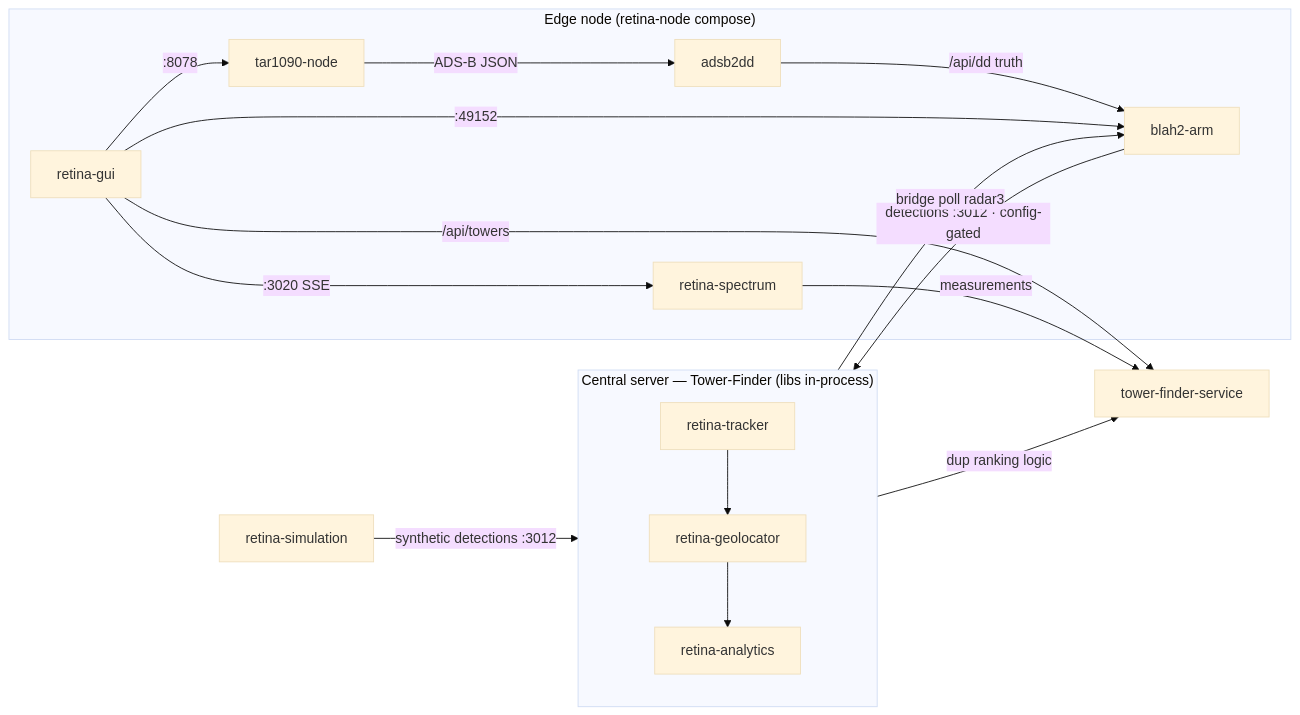
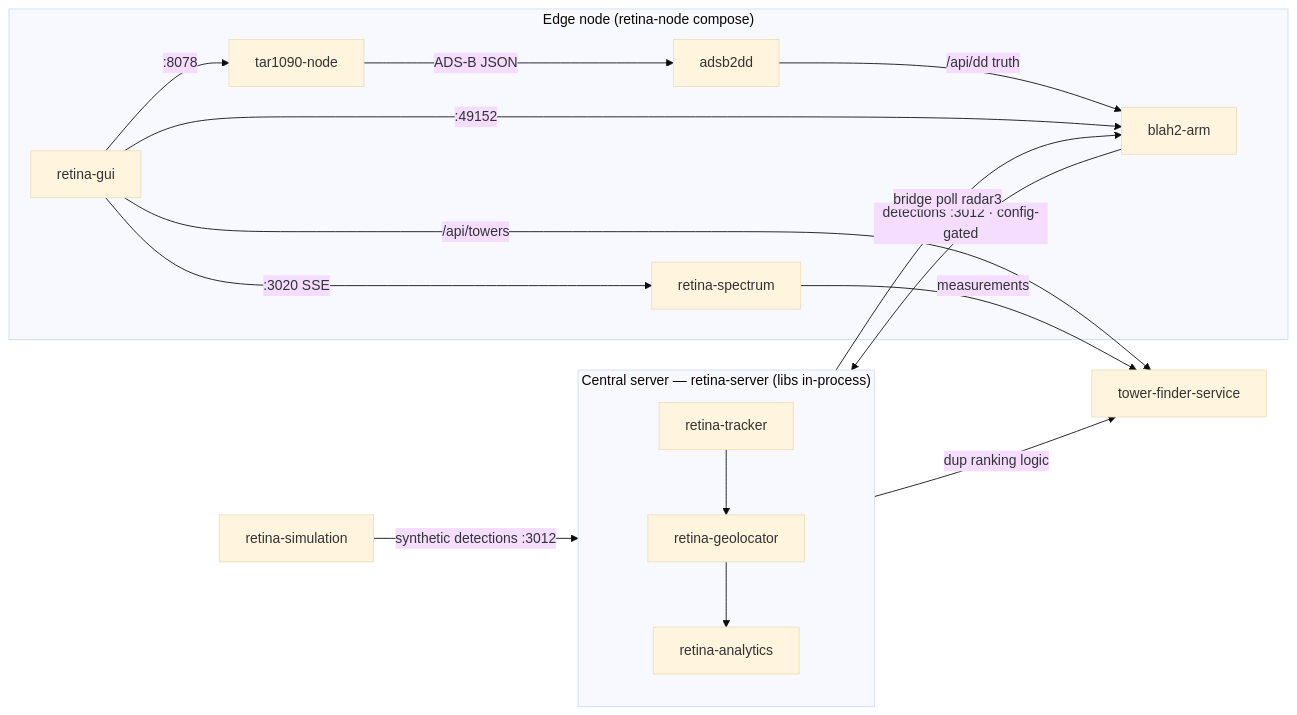
One commit to offworldlabs/claude-shared changed the third of 4 diagrams in docs/architecture.md. Above: the diagram before and after it, drawn with Mermaid (base theme). The commit also changed other lines of this file and 3 other files, not shown here.

First line of the commit message:
docs: Tower-Finder is now retina-server

````diff
--- a/docs/architecture.md
+++ b/docs/architecture.md
@@ -265,27 +265,27 @@
 ```mermaid
 flowchart LR
   subgraph edge["Edge node (retina-node compose)"]
     tar[tar1090-node]
     a2d[adsb2dd]
     blah[blah2-arm]
     spec[retina-spectrum]
     gui[retina-gui]
   end
-  subgraph central["Central server — Tower-Finder (libs in-process)"]
+  subgraph central["Central server — retina-server (libs in-process)"]
     trk[retina-tracker] --> geo[retina-geolocator] --> ana[retina-analytics]
   end
   sim[retina-simulation]
   tfs[tower-finder-service]
 
   tar -->|ADS-B JSON| a2d
   a2d -->|/api/dd truth| blah
   gui -->|:49152| blah
   gui -->|:8078| tar
   gui -->|:3020 SSE| spec
   blah -->|detections :3012 · config-gated| central
   sim -->|synthetic detections :3012| central
   central -->|bridge poll radar3| blah
   gui -->|/api/towers| tfs
   spec -->|measurements| tfs
   central -->|dup ranking logic| tfs
 ```
````
